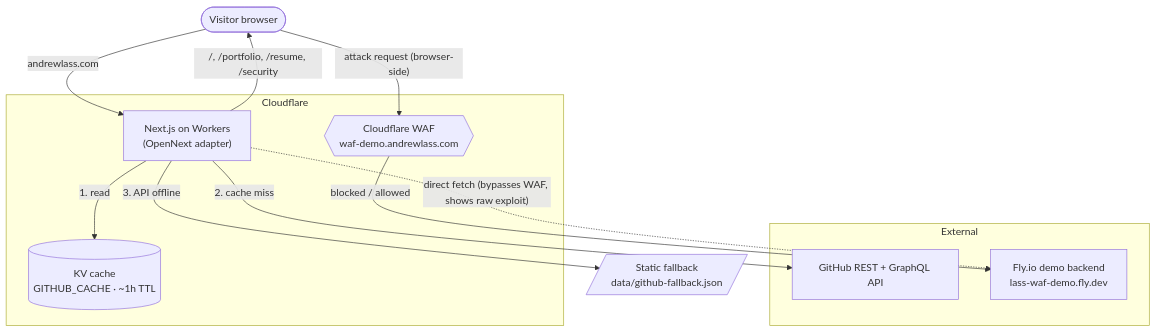
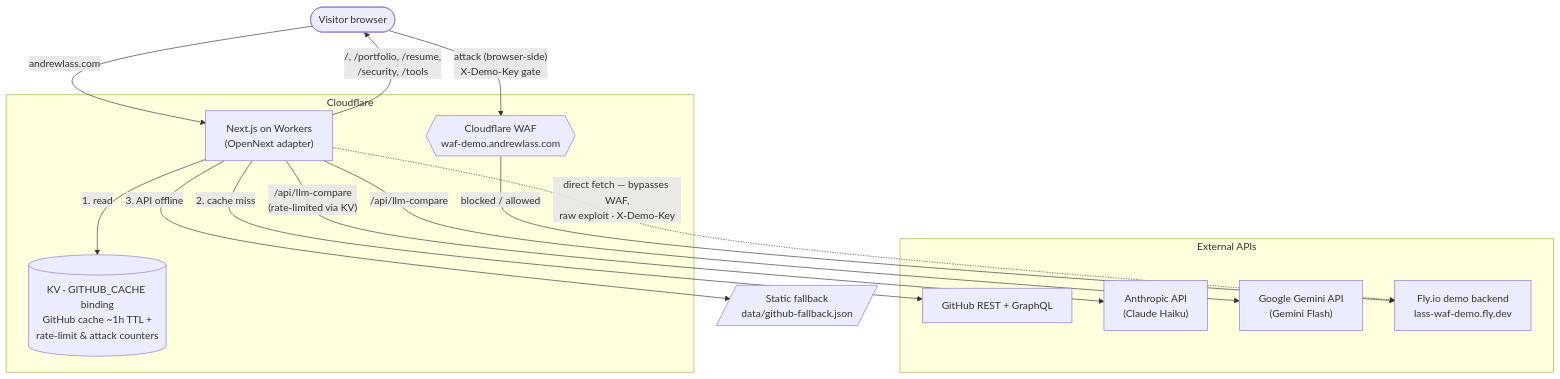
Before and after one commit to bdsys/lass-resume-online: the diagram in README.md, drawn with Mermaid. The commit also changed other lines of this file and 1 other file, not shown here.

First line of the commit message:
docs: update README, refresh Mermaid diagram, add CHANGELOG

````diff
--- a/README.md
+++ b/README.md
@@ -29,28 +30,33 @@
 ```mermaid
 flowchart TD
     visitor([Visitor browser])
 
     subgraph cf["Cloudflare"]
         worker["Next.js on Workers<br/>(OpenNext adapter)"]
-        kv[("KV cache<br/>GITHUB_CACHE · ~1h TTL")]
+        kv[("KV · GITHUB_CACHE binding<br/>GitHub cache ~1h TTL +<br/>rate-limit &amp; attack counters")]
         waf{{"Cloudflare WAF<br/>waf-demo.andrewlass.com"}}
     end
 
-    subgraph ext["External"]
-        gh["GitHub REST + GraphQL API"]
+    subgraph ext["External APIs"]
+        gh["GitHub REST + GraphQL"]
+        anthropic["Anthropic API<br/>(Claude Haiku)"]
+        google["Google Gemini API<br/>(Gemini Flash)"]
         fly["Fly.io demo backend<br/>lass-waf-demo.fly.dev"]
     end
 
     fallback[/"Static fallback<br/>data/github-fallback.json"/]
 
     visitor -->|andrewlass.com| worker
-    worker -->|"/, /portfolio, /resume, /security"| visitor
+    worker -->|"/, /portfolio, /resume,<br/>/security, /tools"| visitor
 
     worker -->|"1. read"| kv
     worker -->|"2. cache miss"| gh
     worker -->|"3. API offline"| fallback
 
-    visitor -->|"attack request (browser-side)"| waf
+    worker -->|"/api/llm-compare<br/>(rate-limited via KV)"| anthropic
+    worker -->|/api/llm-compare| google
+
+    visitor -->|"attack (browser-side)<br/>X-Demo-Key gate"| waf
     waf -->|"blocked / allowed"| fly
-    worker -.->|"direct fetch (bypasses WAF, shows raw exploit)"| fly
+    worker -.->|"direct fetch — bypasses WAF,<br/>raw exploit · X-Demo-Key"| fly
 ```
````
